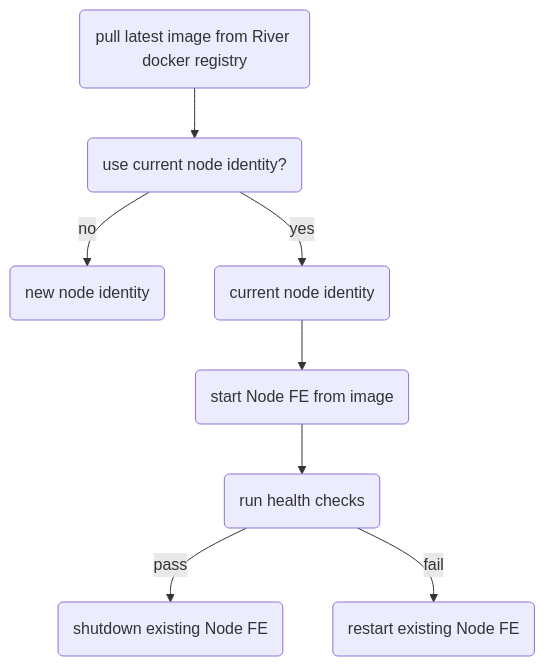
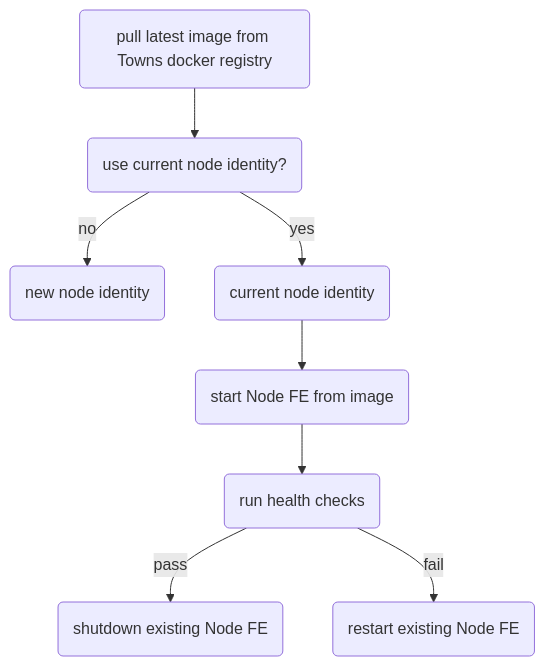
The second of 2 diagrams in packages/docs/run/node-operator/upgrade-river-stream-node.mdx (river-build/river), drawn with Mermaid before and after one commit. The commit also changed other lines of this file and 53 other files, not shown here.

Commit message:
update content, river, rvr -> towns

````diff
--- a/packages/docs/run/node-operator/upgrade-river-stream-node.mdx
+++ b/packages/docs/run/node-operator/upgrade-river-stream-node.mdx
@@ -35,10 +35,10 @@
 ```mermaid
 flowchart TB
-    updateSoftware("pull latest image from River docker registry") --> ID("use current node identity?")
+    updateSoftware("pull latest image from Towns docker registry") --> ID("use current node identity?")
     ID -- no --> newNodeID("new node identity")
     ID -- yes --> existingNodeID("current node identity")
     existingNodeID --> startNodeFE("start Node FE from image")
     startNodeFE --> healthChecks("run health checks")
     healthChecks -- pass --> shutdownExisting("shutdown existing Node FE")
     healthChecks -- fail --> restartExisting("restart existing Node FE")
 ```
````
